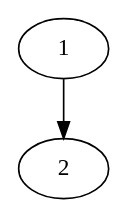
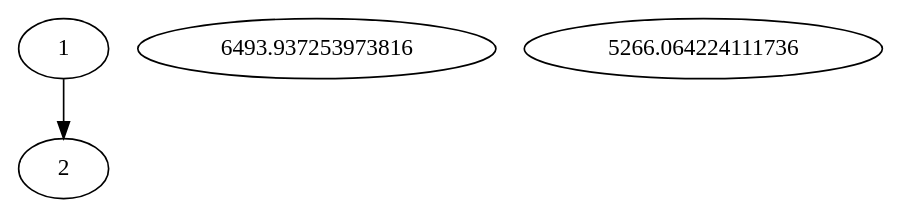
One commit to GArad89/model_exploration changed the diagram in engine/dot/g1.dot. Above: the diagram before and after it, drawn with Graphviz. The commit also changed 5 other files, not shown here.

```diff
--- a/engine/dot/g1.dot
+++ b/engine/dot/g1.dot
@@ -1,5 +1,7 @@
-strict digraph  {
+digraph "G" {
 1 [attr="{'foo': 5, 'baz': 4}"];
 2 [attr="{'foo': 'a', 'baz': 'c'}"];
-1 -> 2;
+"6493.937253973816" [attr="{}"];
+"5266.064224111736" [attr="{}"];
+1 -> 2  [key=0];
 }
```
